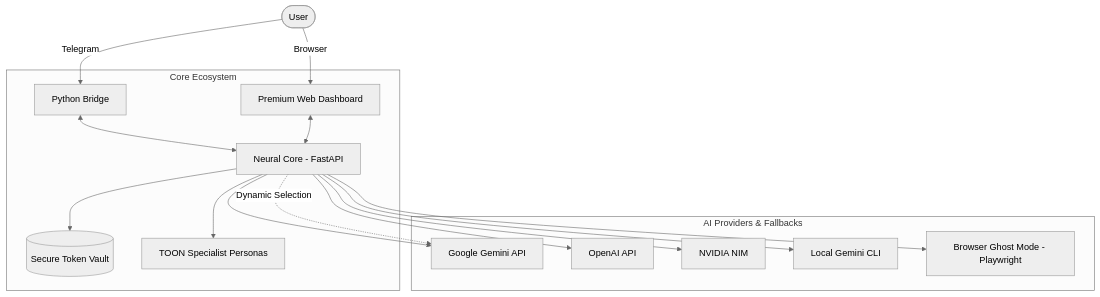
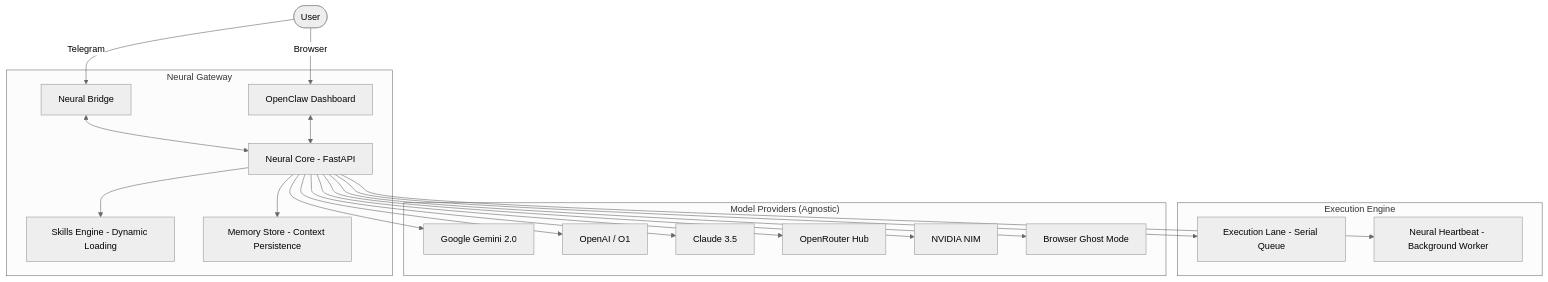
One commit to nhmatsumoto/ronaldinho-agent changed the diagram in README.md. Above: the diagram before and after it, drawn with Mermaid (neutral theme). The commit also changed other lines of this file and 5 other files, not shown here.

Commit message:
feat: Implement multi-user support for the browser agent with memory integration and update the README to reflect the OpenClaw architecture.

````diff
--- a/README.md
+++ b/README.md
@@ -9,22 +9,26 @@
 ```mermaid
 graph TD
-    User([User]) --> |Telegram| Bridge[Python Bridge]
-    User --> |Browser| Dashboard[Premium Web Dashboard]
+    User([User]) --> |Telegram| Bridge[Neural Bridge]
+    User --> |Browser| Dashboard[OpenClaw Dashboard]
 
-    subgraph "Core Ecosystem"
+    subgraph "Neural Gateway"
         Bridge <--> Core[Neural Core - FastAPI]
         Dashboard <--> Core
-        Core --> Vault[(Secure Token Vault)]
-        Core --> Personas[TOON Specialist Personas]
+        Core --> Skills[Skills Engine - Dynamic Loading]
+        Core --> Context[Memory Store - Context Persistence]
     end
 
-    subgraph "AI Providers & Fallbacks"
-        Core --> Gemini[Google Gemini API]
-        Core --> OpenAI[OpenAI API]
-        Core --> NVIDIA[NVIDIA NIM]
-        Core --> Local[Local Gemini CLI]
-        Core --> Ghost[Browser Ghost Mode - Playwright]
+    subgraph "Execution Engine"
+        Core --> Lane[Execution Lane - Serial Queue]
+        Core --> Heartbeat[Neural Heartbeat - Background Worker]
     end
 
-    Core -.-> |Dynamic Selection| Gemini
+    subgraph "Model Providers (Agnostic)"
+        Core --> Gemini[Google Gemini 2.0]
+        Core --> OpenAI[OpenAI / O1]
+        Core --> Anthropic[Claude 3.5]
+        Core --> OpenRouter[OpenRouter Hub]
+        Core --> NVIDIA[NVIDIA NIM]
+        Core --> Ghost[Browser Ghost Mode]
+    end
 ```
````
